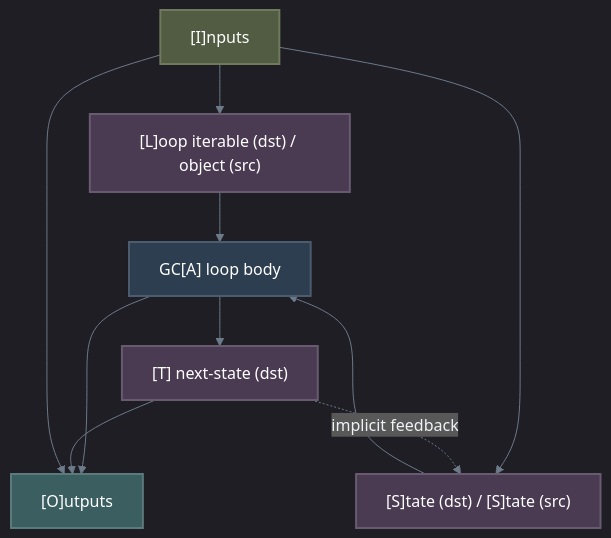
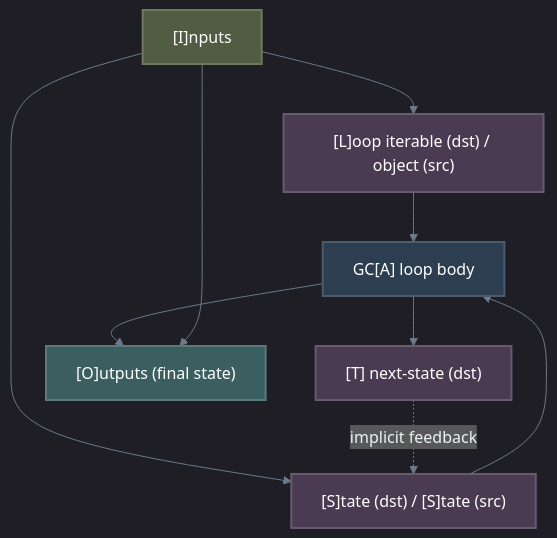
The third of 7 diagrams in docs/components/core/genetic_code/c_graph.md (Shapedsundew9/erasmus-gp), drawn with Mermaid before and after one commit. The commit also changed other lines of this file, not shown here.

````diff
--- a/docs/components/core/genetic_code/c_graph.md
+++ b/docs/components/core/genetic_code/c_graph.md
@@ -184,25 +184,24 @@
 ```mermaid
 %%{init: { 'theme': 'dark', 'themeVariables': { 'lineColor': '#6c7a89', 'textColor': '#edf2f4', 'mainBkg': '#2b2d42', 'primaryBorderColor': '#4a4e69' }}}%%
 flowchart TB
     classDef dataTeal fill:#3b5e60,stroke:#5b7a7c,stroke-width:2px,color:#ffffff
     classDef dataOlive fill:#525c42,stroke:#6f7a5d,stroke-width:2px,color:#ffffff
     classDef dataNavy fill:#2c3e50,stroke:#4a5c6e,stroke-width:2px,color:#ffffff
     classDef dataPlum fill:#4a3b52,stroke:#685b70,stroke-width:2px,color:#ffffff
 
     I["[I]nputs"]:::dataOlive
     L["[L]oop iterable (dst) / object (src)"]:::dataPlum
     S["[S]tate (dst) / [S]tate (src)"]:::dataPlum
     T["[T] next-state (dst)"]:::dataPlum
     A["GC[A] loop body"]:::dataNavy
-    O["[O]utputs"]:::dataTeal
+    O["[O]utputs (final state)"]:::dataTeal
     
     I --> L
     I --> S
     L --> A
     S --> A
     A --> T
     A --> O
-    T --> O
     T -.->|implicit feedback| S
     I --> O
 ```
````
